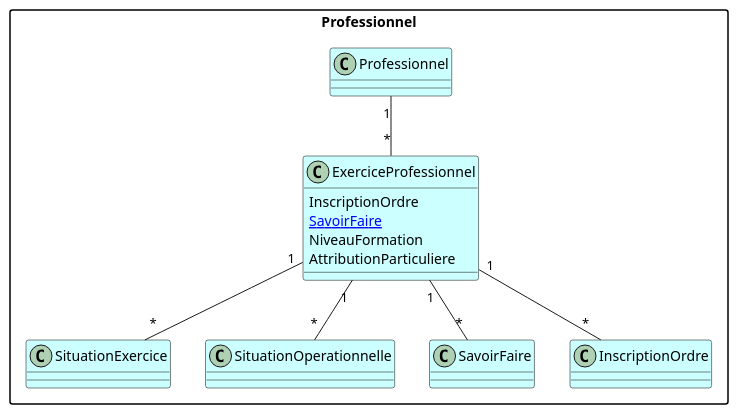
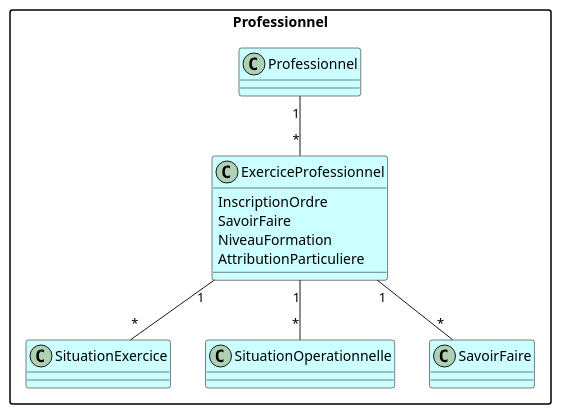
The diagram in input/images-source/professionnel-short.plantuml (ansforge/IG-modele-objets-sante), drawn with PlantUML before and after one commit. The commit also changed 2 other files, not shown here.

```diff
--- a/input/images-source/professionnel-short.plantuml
+++ b/input/images-source/professionnel-short.plantuml
@@ -1,35 +1,34 @@
 @startuml
 'Schéma générique qui contient les classes et les attributs de type BackboneElement (décrits comme objet dans le MOS historique)'
 
 skinparam packageStyle rectangle
 skinparam backgroundColor #FFFFFF
 skinparam class {
     BackgroundColor #CCFFFF
     BorderColor black
 }
 
 package "Professionnel" {
     class Professionnel
     class ExerciceProfessionnel {
         InscriptionOrdre
-        [[StructureDefinition-SavoirFaire.html SavoirFaire]]
+        SavoirFaire
         NiveauFormation
         AttributionParticuliere
     }
     class SituationExercice 
     class SituationOperationnelle
 
     url of Professionnel is [[StructureDefinition-Professionnel.html]]
     url of ExerciceProfessionnel is [[StructureDefinition-ExerciceProfessionnel.html]]
     url of SituationExercice is [[StructureDefinition-SituationExercice.html]]
     url of SituationOperationnelle is [[StructureDefinition-SituationOperationnelle.html]]
 
     Professionnel "1" -- "*" ExerciceProfessionnel
     
     ExerciceProfessionnel "1" -- "*" SituationExercice
     ExerciceProfessionnel "1" -- "*" SituationOperationnelle
     ExerciceProfessionnel "1" -- "*" SavoirFaire
-    ExerciceProfessionnel "1" -- "*" InscriptionOrdre
 }
 
 @enduml
```
